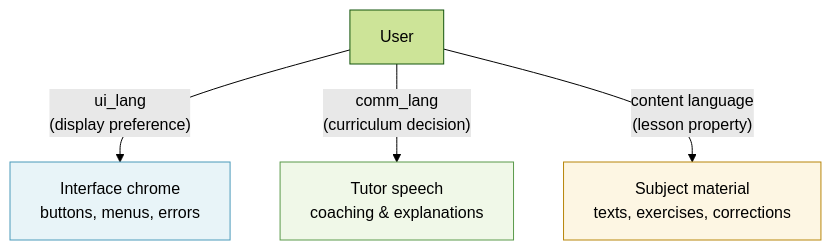
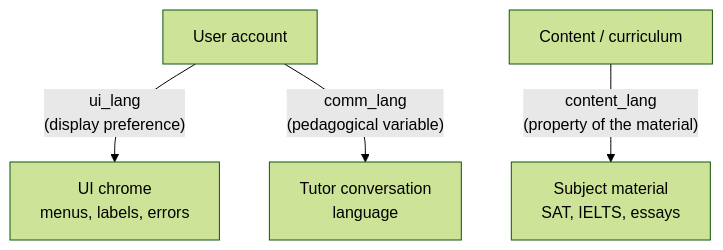
One commit to stemolly/wiki changed the second of 2 diagrams in src/content/docs/pedagogy/conversation.md. Above: the diagram before and after it, drawn with Mermaid (forest theme). The commit also changed other lines of this file and 21 other files, not shown here.

````diff
--- a/src/content/docs/pedagogy/conversation.md
+++ b/src/content/docs/pedagogy/conversation.md
@@ -117,11 +73,8 @@
 ```mermaid
 flowchart TD
-    U["User"]
-    U -->|"ui_lang<br/>(display preference)"| Chrome["Interface chrome<br/>buttons, menus, errors"]
-    U -->|"comm_lang<br/>(curriculum decision)"| Tutor["Tutor speech<br/>coaching & explanations"]
-    U -->|"content language<br/>(lesson property)"| Content["Subject material<br/>texts, exercises, corrections"]
-
-    style Chrome fill:#e8f4f8,stroke:#4a9aba
-    style Tutor fill:#f0f8e8,stroke:#5a9a4a
-    style Content fill:#fdf6e3,stroke:#b8860b
+  User["User account"]
+  User -->|"ui_lang<br/>(display preference)"| Chrome["UI chrome<br/>menus, labels, errors"]
+  User -->|"comm_lang<br/>(pedagogical variable)"| Tutor["Tutor conversation<br/>language"]
+  Content["Content / curriculum"]
+  Content -->|"content_lang<br/>(property of the material)"| Material["Subject material<br/>SAT, IELTS, essays"]
 ```
````
